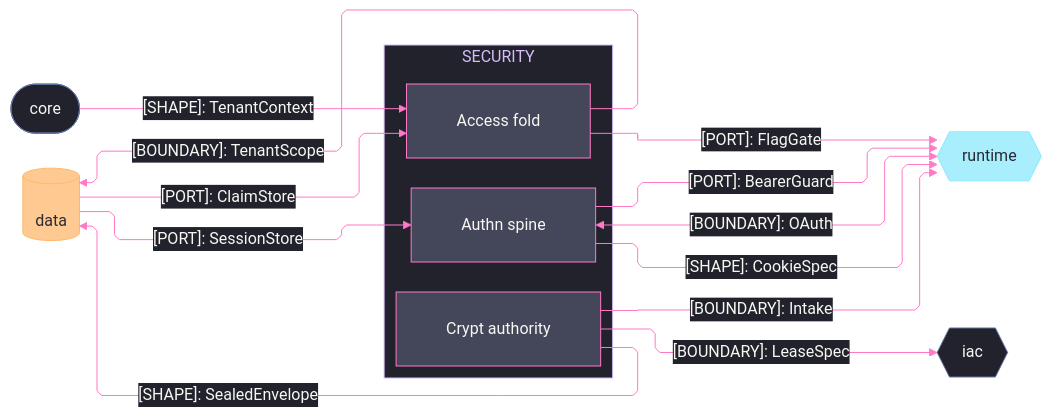
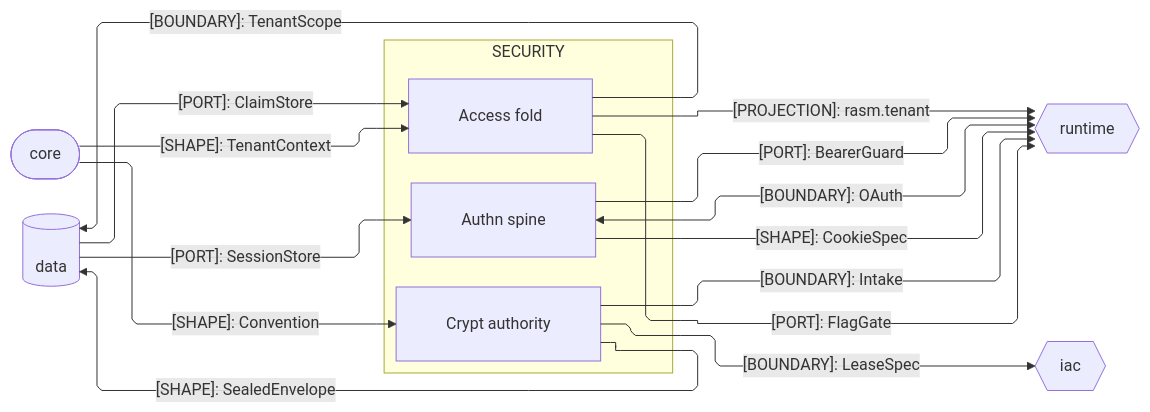
One commit to bsamiee/Rasm changed the second of 2 diagrams in libs/typescript/security/ARCHITECTURE.md. Above: the diagram before and after it, drawn with Mermaid. The commit also changed other lines of this file and 460 other files, not shown here.

````diff
--- a/libs/typescript/security/ARCHITECTURE.md
+++ b/libs/typescript/security/ARCHITECTURE.md
@@ -95,61 +71,34 @@
 ```mermaid
 ---
 config:
-  theme: base
-  look: classic
   layout: elk
   flowchart:
     curve: linear
     padding: 25
-  themeVariables:
-    darkMode: true
-    fontFamily: "SF Mono, Menlo, Cascadia Mono, Segoe UI Mono, Consolas, monospace"
-    useGradient: false
-    dropShadow: "none"
-    background: "#282A36"
-    primaryColor: "#44475A"
-    primaryTextColor: "#F8F8F2"
-    primaryBorderColor: "#BD93F9"
-    lineColor: "#FF79C6"
-    textColor: "#F8F8F2"
-    clusterBkg: "#21222C"
-    clusterBorder: "#D6BCFA"
-    edgeLabelBackground: "#21222C"
-    labelBackgroundColor: "#21222C"
-    titleColor: "#D6BCFA"
-  themeCSS: ".nodeLabel{font-size:13px;font-weight:500}.edgeLabel{font-size:12px;font-weight:500}.cluster-label .nodeLabel{font-size:13.5px;font-weight:700;letter-spacing:.08em}.edge-thickness-normal{stroke-width:2px}.edge-thickness-thick{stroke-width:3px}.edge-pattern-dashed,.edge-pattern-dotted{stroke-width:1.5px;stroke-dasharray:4 6}.node rect,.node circle,.node polygon,.node path,.node .outer-path{stroke-width:1.5px;filter:none!important}.cluster rect{stroke-width:1px!important;stroke-dasharray:5 4!important;filter:none!important}.marker path{transform:scale(.8);transform-origin:5px 5px}.marker circle{transform:scale(.48);transform-origin:5px 5px}.edgeLabel rect{transform-box:fill-box;transform-origin:center;transform:scale(1.1,1.2)}"
 ---
 flowchart LR
     accTitle: Security package seam registry
-    accDescr: Security sub-domain owners exchanging identity, custody, and tenancy contracts with the core, data, runtime, and IaC packages, edge rails colored by kind and nodes classed by seam direction.
+    accDescr: Security sub-domain owners exchanging identity, custody, tenancy, and telemetry contracts with the core, data, runtime, and IaC packages, edge rails colored by kind and nodes classed by seam direction.
     subgraph security[SECURITY]
         Crypt[Crypt authority]
         Authn[Authn spine]
         Access[Access fold]
     end
     Core([core])
     Data[(data)]
     Runtime{{runtime}}
     Iac{{iac}}
     Core e1@-->|"[SHAPE]: TenantContext"| Access
     Data e2@-->|"[PORT]: ClaimStore"| Access
     Access e3@-->|"[BOUNDARY]: TenantScope"| Data
     Data e4@-->|"[PORT]: SessionStore"| Authn
     Authn e5@-->|"[PORT]: BearerGuard"| Runtime
     Authn e6@<-->|"[BOUNDARY]: OAuth"| Runtime
     Authn e7@-->|"[SHAPE]: CookieSpec"| Runtime
     Crypt e8@-->|"[SHAPE]: SealedEnvelope"| Data
     Crypt e9@-->|"[BOUNDARY]: Intake"| Runtime
     Crypt e10@-->|"[BOUNDARY]: LeaseSpec"| Iac
     Access e11@-->|"[PORT]: FlagGate"| Runtime
-    classDef primary fill:#44475A,stroke:#FF79C6,color:#F8F8F2
-    classDef external fill:#8BE9FDBF,stroke:#8BE9FD,color:#282A36
-    classDef data fill:#FFB86CBF,stroke:#FFB86C,color:#282A36
-    classDef recessed fill:#21222C,stroke:#6272A4,color:#F8F8F2
-    classDef edgeControl stroke:#FF79C6,color:#F8F8F2
-    class Crypt,Authn,Access primary
-    class Runtime external
-    class Data data
-    class Core,Iac recessed
-    class e1,e2,e3,e4,e5,e6,e7,e8,e9,e10,e11 edgeControl
+    Core e12@-->|"[SHAPE]: Convention"| Crypt
+    Access e13@-->|"[PROJECTION]: rasm.tenant"| Runtime
 ```
````
